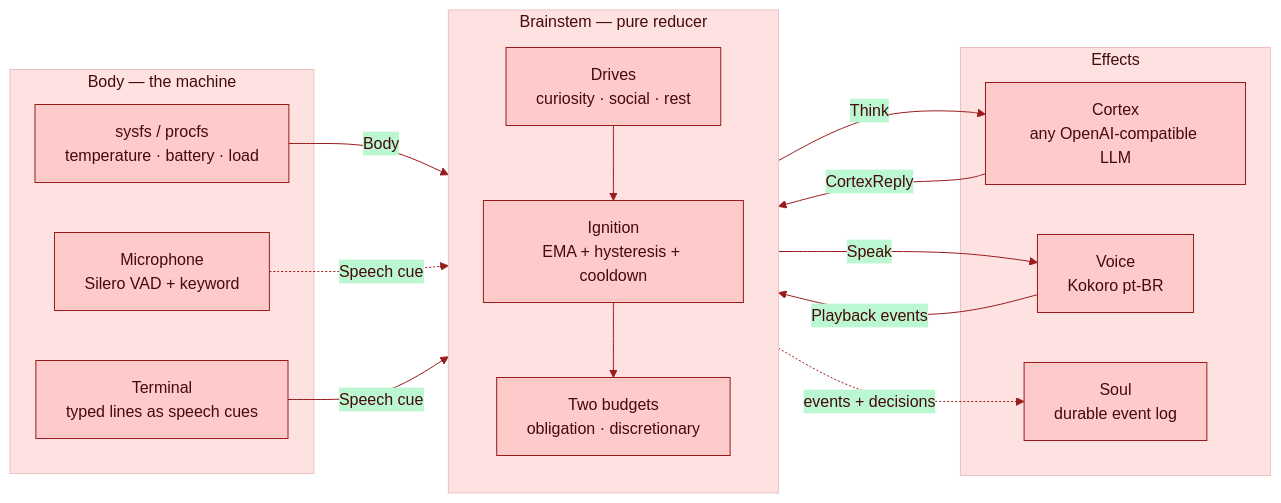
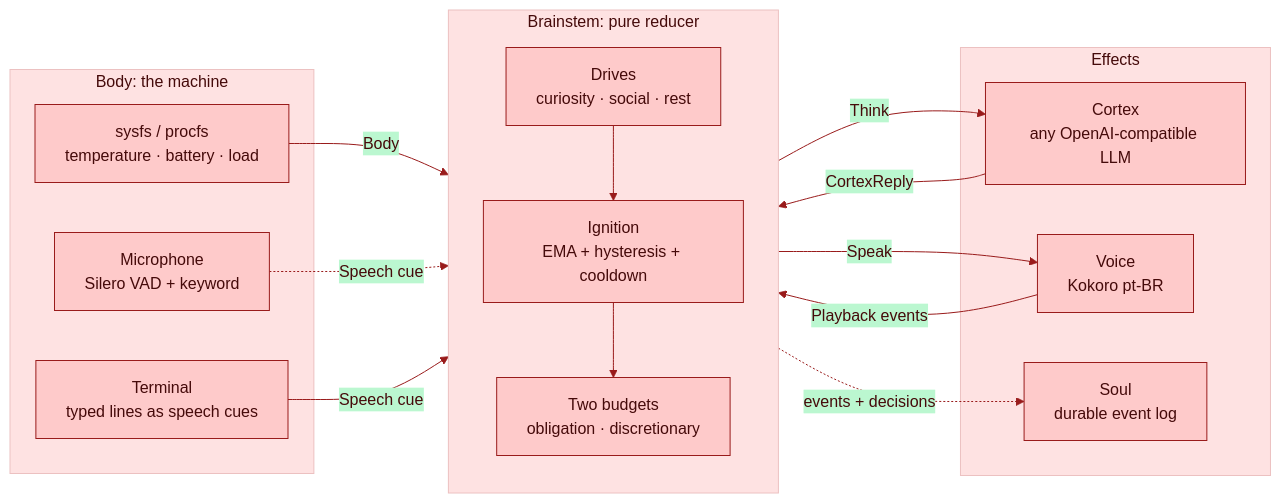
The first of 3 diagrams in README.md (gabrielmaialva33/enton), drawn with Mermaid before and after one commit. The commit also changed other lines of this file, not shown here.

````diff
--- a/README.md
+++ b/README.md
@@ -53,32 +55,32 @@
 ```mermaid
 %%{init: {'theme': 'base', 'themeVariables': {'primaryColor': '#fecaca', 'primaryTextColor': '#450a0a', 'primaryBorderColor': '#991b1b', 'secondaryColor': '#bbf7d0', 'secondaryTextColor': '#052e16', 'secondaryBorderColor': '#166534', 'tertiaryColor': '#fee2e2', 'tertiaryTextColor': '#450a0a', 'lineColor': '#991b1b', 'textColor': '#1c1917'}}}%%
 flowchart LR
-    subgraph Body["Body — the machine"]
+    subgraph Body["Body: the machine"]
         SYS["sysfs / procfs<br/>temperature · battery · load"]
         MIC["Microphone<br/>Silero VAD + keyword"]
         TTY["Terminal<br/>typed lines as speech cues"]
     end
 
-    subgraph Brainstem["Brainstem — pure reducer"]
+    subgraph Brainstem["Brainstem: pure reducer"]
         direction TB
         DRV["Drives<br/>curiosity · social · rest"]
         IGN["Ignition<br/>EMA + hysteresis + cooldown"]
         BUD["Two budgets<br/>obligation · discretionary"]
         DRV --> IGN --> BUD
     end
 
     subgraph Effects["Effects"]
         CTX["Cortex<br/>any OpenAI-compatible LLM"]
         VOI["Voice<br/>Kokoro pt-BR"]
         SOUL["Soul<br/>durable event log"]
     end
 
     SYS -->|Body| Brainstem
     MIC -.->|Speech cue| Brainstem
     TTY -->|Speech cue| Brainstem
     Brainstem -->|Think| CTX
     CTX -->|CortexReply| Brainstem
     Brainstem -->|Speak| VOI
     VOI -->|Playback events| Brainstem
     Brainstem -.->|events + decisions| SOUL
 ```
````
